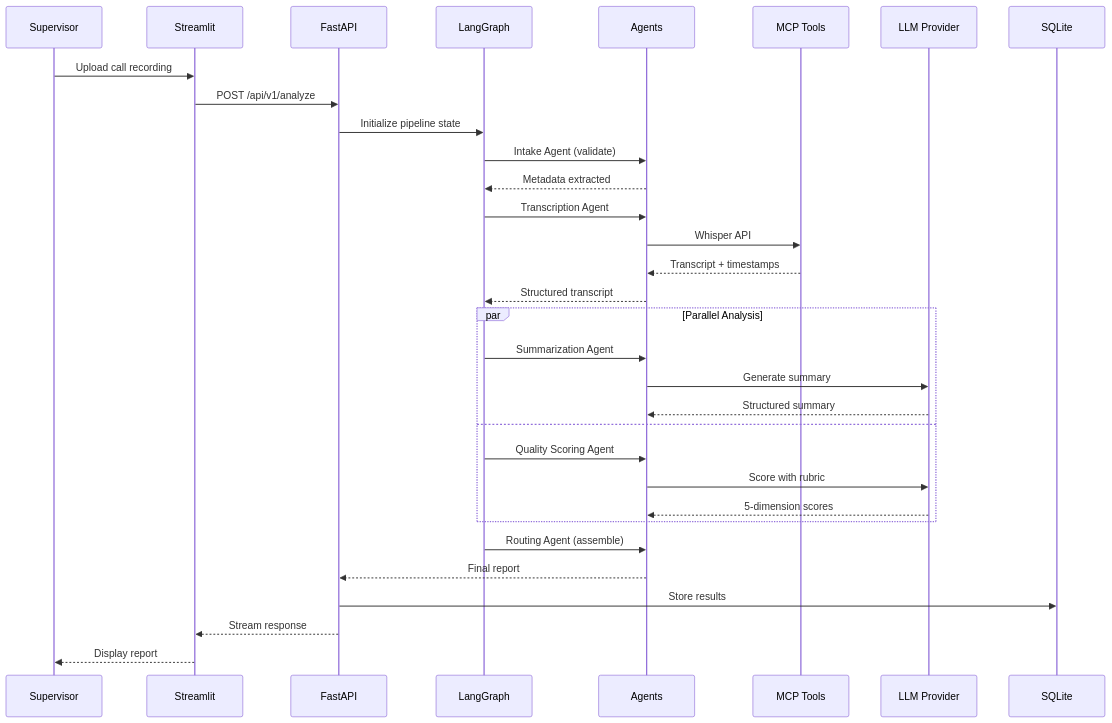
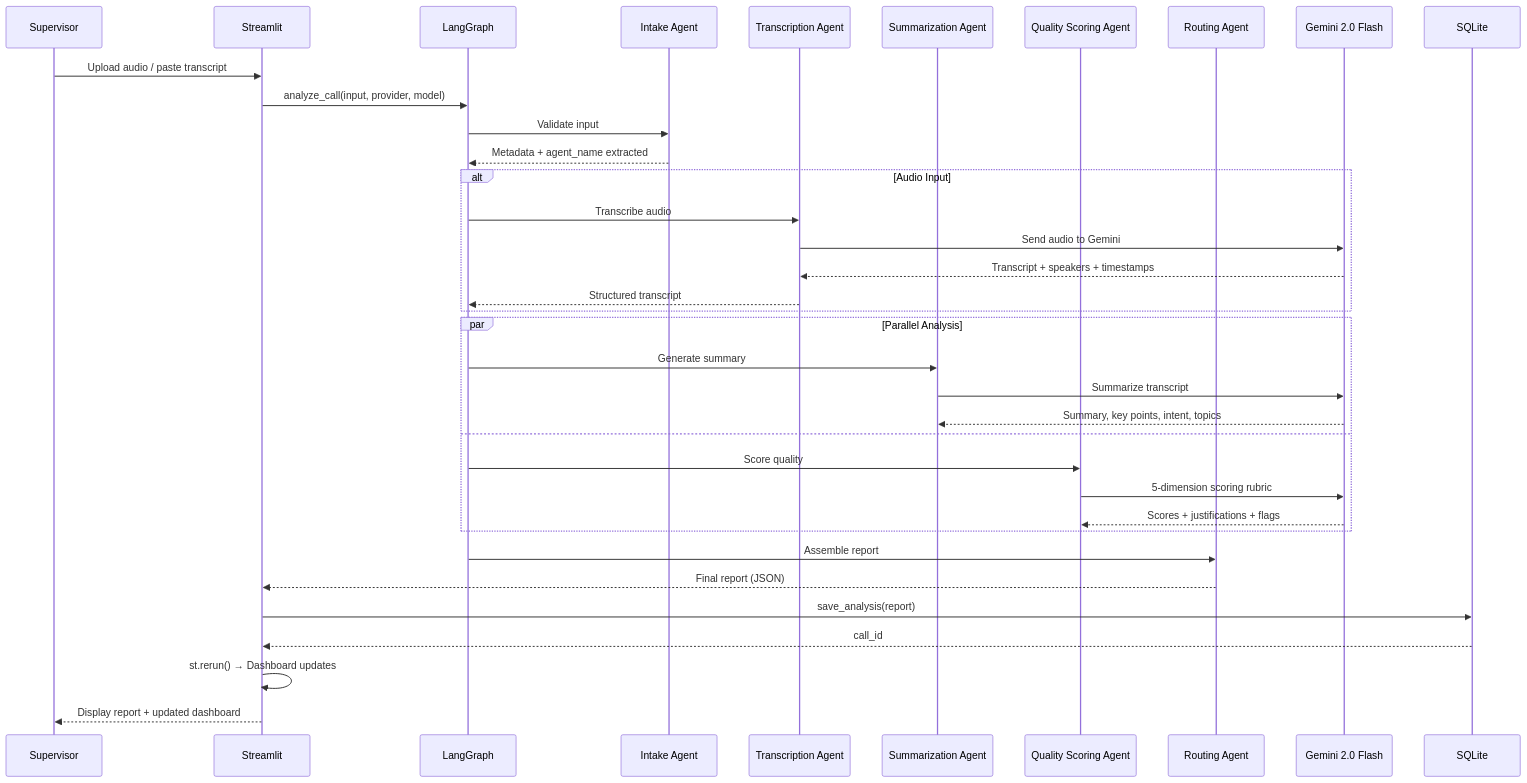
The second of 3 diagrams in docs/ARCHITECTURE.md (sathyaincampus/clarity-cx), drawn with Mermaid before and after one commit. The commit also changed other lines of this file and 9 other files, not shown here.

Commit message:
docs: Add new deployment, quickstart, and code walkthrough guides, and update README and architecture documentation with new details and diagrams.

````diff
--- a/docs/ARCHITECTURE.md
+++ b/docs/ARCHITECTURE.md
@@ -87,39 +86,43 @@
 ```mermaid
 sequenceDiagram
     participant U as Supervisor
     participant UI as Streamlit
-    participant API as FastAPI
     participant LG as LangGraph
-    participant A as Agents
-    participant T as MCP Tools
-    participant LLM as LLM Provider
+    participant IA as Intake Agent
+    participant TA as Transcription Agent
+    participant SA as Summarization Agent
+    participant QA as Quality Scoring Agent
+    participant RA as Routing Agent
+    participant LLM as Gemini 2.0 Flash
     participant DB as SQLite
 
-    U->>UI: Upload call recording
-    UI->>API: POST /api/v1/analyze
-    API->>LG: Initialize pipeline state
+    U->>UI: Upload audio / paste transcript
+    UI->>LG: analyze_call(input, provider, model)
 
-    LG->>A: Intake Agent (validate)
-    A-->>LG: Metadata extracted
+    LG->>IA: Validate input
+    IA-->>LG: Metadata + agent_name extracted
 
-    LG->>A: Transcription Agent
-    A->>T: Whisper API
-    T-->>A: Transcript + timestamps
-    A-->>LG: Structured transcript
+    alt Audio Input
+        LG->>TA: Transcribe audio
+        TA->>LLM: Send audio to Gemini
+        LLM-->>TA: Transcript + speakers + timestamps
+        TA-->>LG: Structured transcript
+    end
 
     par Parallel Analysis
-        LG->>A: Summarization Agent
-        A->>LLM: Generate summary
-        LLM-->>A: Structured summary
+        LG->>SA: Generate summary
+        SA->>LLM: Summarize transcript
+        LLM-->>SA: Summary, key points, intent, topics
     and
-        LG->>A: Quality Scoring Agent
-        A->>LLM: Score with rubric
-        LLM-->>A: 5-dimension scores
+        LG->>QA: Score quality
+        QA->>LLM: 5-dimension scoring rubric
+        LLM-->>QA: Scores + justifications + flags
     end
 
-    LG->>A: Routing Agent (assemble)
-    A-->>API: Final report
-    API->>DB: Store results
-    API-->>UI: Stream response
-    UI-->>U: Display report
+    LG->>RA: Assemble report
+    RA-->>UI: Final report (JSON)
+    UI->>DB: save_analysis(report)
+    DB-->>UI: call_id
+    UI->>UI: st.rerun() → Dashboard updates
+    UI-->>U: Display report + updated dashboard
 ```
````
